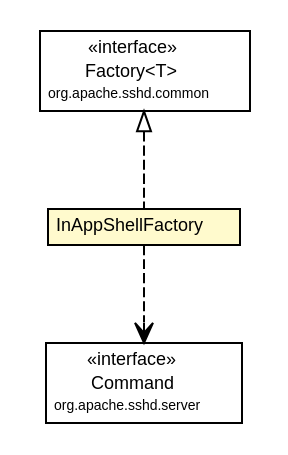
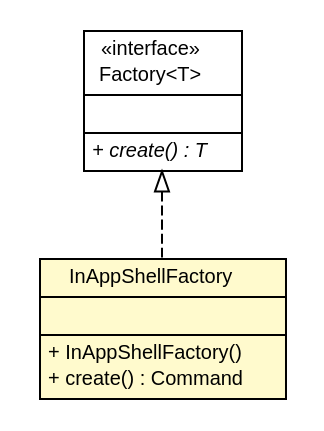
One commit to ericpinet/ConnectLife changed the diagram in javadoc/coreserver/com/connectlife/coreserver/console/InAppShellFactory.dot. Above: the diagram before and after it, drawn with Graphviz. The commit also changed 432 other files, not shown here.

```diff
--- a/javadoc/coreserver/com/connectlife/coreserver/console/InAppShellFactory.dot
+++ b/javadoc/coreserver/com/connectlife/coreserver/console/InAppShellFactory.dot
@@ -1,38 +1,40 @@
 #!/usr/local/bin/dot
 #
 # Class diagram 
 # Generated by UMLGraph version 5.1 (http://www.umlgraph.org/)
 #
 
 digraph G {
 	edge [fontname="Helvetica",fontsize=10,labelfontname="Helvetica",labelfontsize=10];
 	node [fontname="Helvetica",fontsize=10,shape=plaintext];
 	nodesep=0.25;
 	ranksep=0.5;
 	// com.connectlife.coreserver.console.InAppShellFactory
-	c1825 [label=<<table title="com.connectlife.coreserver.console.InAppShellFactory" border="0" cellborder="1" cellspacing="0" cellpadding="2" port="p" bgcolor="lemonChiffon" href="./InAppShellFactory.html">
+	c1686 [label=<<table title="com.connectlife.coreserver.console.InAppShellFactory" border="0" cellborder="1" cellspacing="0" cellpadding="2" port="p" bgcolor="lemonChiffon" href="./InAppShellFactory.html">
 		<tr><td><table border="0" cellspacing="0" cellpadding="1">
 <tr><td align="center" balign="center"> InAppShellFactory </td></tr>
 		</table></td></tr>
-		</table>>, fontname="Helvetica", fontcolor="black", fontsize=9.0];
+		<tr><td><table border="0" cellspacing="0" cellpadding="1">
+<tr><td align="left" balign="left">  </td></tr>
+		</table></td></tr>
+		<tr><td><table border="0" cellspacing="0" cellpadding="1">
+<tr><td align="left" balign="left"> + InAppShellFactory() </td></tr>
+<tr><td align="left" balign="left"> + create() : Command </td></tr>
+		</table></td></tr>
+		</table>>, fontname="Helvetica", fontcolor="black", fontsize=10.0];
 	//com.connectlife.coreserver.console.InAppShellFactory implements org.apache.sshd.common.Factory<T>
-	c1838:p -> c1825:p [dir=back,arrowtail=empty,style=dashed];
-	// com.connectlife.coreserver.console.InAppShellFactory DEPEND org.apache.sshd.server.Command
-	c1825:p -> c1840:p [taillabel="", label="", headlabel="", fontname="Helvetica", fontcolor="black", fontsize=10.0, color="black", arrowhead=open, style=dashed];
-	// org.apache.sshd.server.Command
-	c1840 [label=<<table title="org.apache.sshd.server.Command" border="0" cellborder="1" cellspacing="0" cellpadding="2" port="p" href="http://java.sun.com/j2se/1.4.2/docs/api/org/apache/sshd/server/Command.html">
-		<tr><td><table border="0" cellspacing="0" cellpadding="1">
-<tr><td align="center" balign="center"> &#171;interface&#187; </td></tr>
-<tr><td align="center" balign="center"> Command </td></tr>
-<tr><td align="center" balign="center"><font point-size="7.0"> org.apache.sshd.server </font></td></tr>
-		</table></td></tr>
-		</table>>, fontname="Helvetica", fontcolor="black", fontsize=9.0];
+	c1699:p -> c1686:p [dir=back,arrowtail=empty,style=dashed];
 	// org.apache.sshd.common.Factory<T>
-	c1838 [label=<<table title="org.apache.sshd.common.Factory" border="0" cellborder="1" cellspacing="0" cellpadding="2" port="p" href="http://java.sun.com/j2se/1.4.2/docs/api/org/apache/sshd/common/Factory.html">
+	c1699 [label=<<table title="org.apache.sshd.common.Factory" border="0" cellborder="1" cellspacing="0" cellpadding="2" port="p" href="http://java.sun.com/j2se/1.4.2/docs/api/org/apache/sshd/common/Factory.html">
 		<tr><td><table border="0" cellspacing="0" cellpadding="1">
 <tr><td align="center" balign="center"> &#171;interface&#187; </td></tr>
 <tr><td align="center" balign="center"> Factory&lt;T&gt; </td></tr>
-<tr><td align="center" balign="center"><font point-size="7.0"> org.apache.sshd.common </font></td></tr>
 		</table></td></tr>
-		</table>>, fontname="Helvetica", fontcolor="black", fontsize=9.0];
+		<tr><td><table border="0" cellspacing="0" cellpadding="1">
+<tr><td align="left" balign="left">  </td></tr>
+		</table></td></tr>
+		<tr><td><table border="0" cellspacing="0" cellpadding="1">
+<tr><td align="left" balign="left"><font face="Helvetica-Oblique" point-size="10.0"> + create() : T </font></td></tr>
+		</table></td></tr>
+		</table>>, fontname="Helvetica", fontcolor="black", fontsize=10.0];
 }
```
